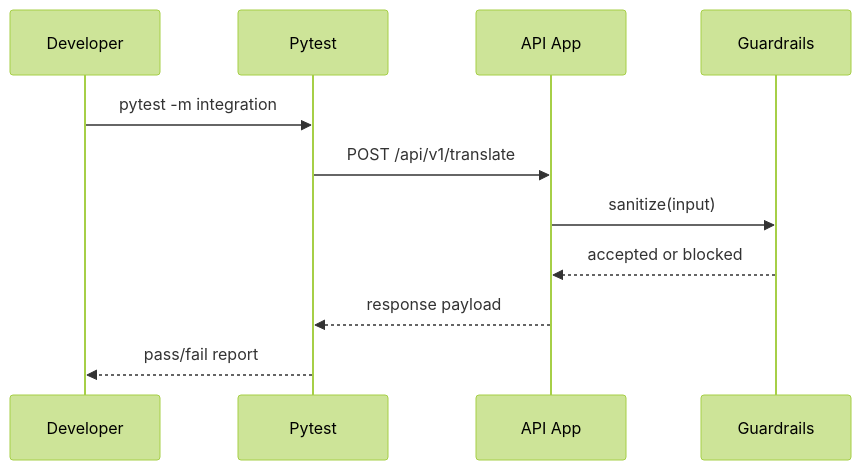
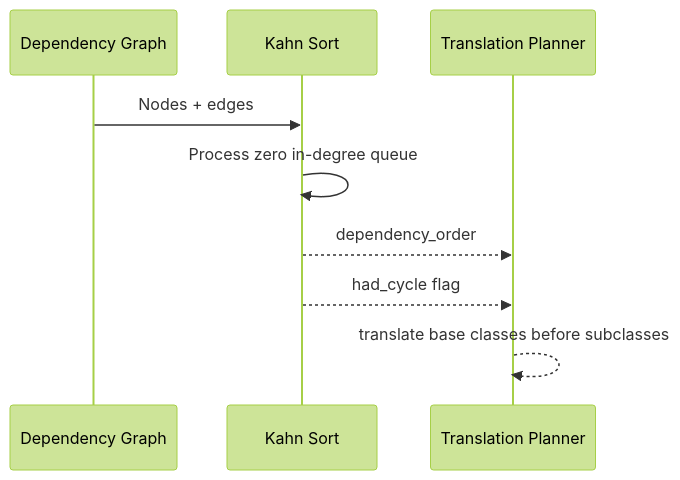
One commit to hkevin01/java-to-python-test-suite changed the fourth of 6 diagrams in README.md. Above: the diagram before and after it, drawn with Mermaid (forest theme). The commit also changed other lines of this file, not shown here.

````diff
--- a/README.md
+++ b/README.md
@@ -85,13 +197,11 @@
 ```mermaid
 sequenceDiagram
-  participant Dev as Developer
-  participant Py as Pytest
-  participant App as API App
-  participant Guards as Guardrails
-  Dev->>Py: pytest -m integration
-  Py->>App: POST /api/v1/translate
-  App->>Guards: sanitize(input)
-  Guards-->>App: accepted or blocked
-  App-->>Py: response payload
-  Py-->>Dev: pass/fail report
+  participant Graph as Dependency Graph
+  participant Kahn as Kahn Sort
+  participant Planner as Translation Planner
+  Graph->>Kahn: Nodes + edges
+  Kahn->>Kahn: Process zero in-degree queue
+  Kahn-->>Planner: dependency_order
+  Kahn-->>Planner: had_cycle flag
+  Planner-->>Planner: translate base classes before subclasses
 ```
````
